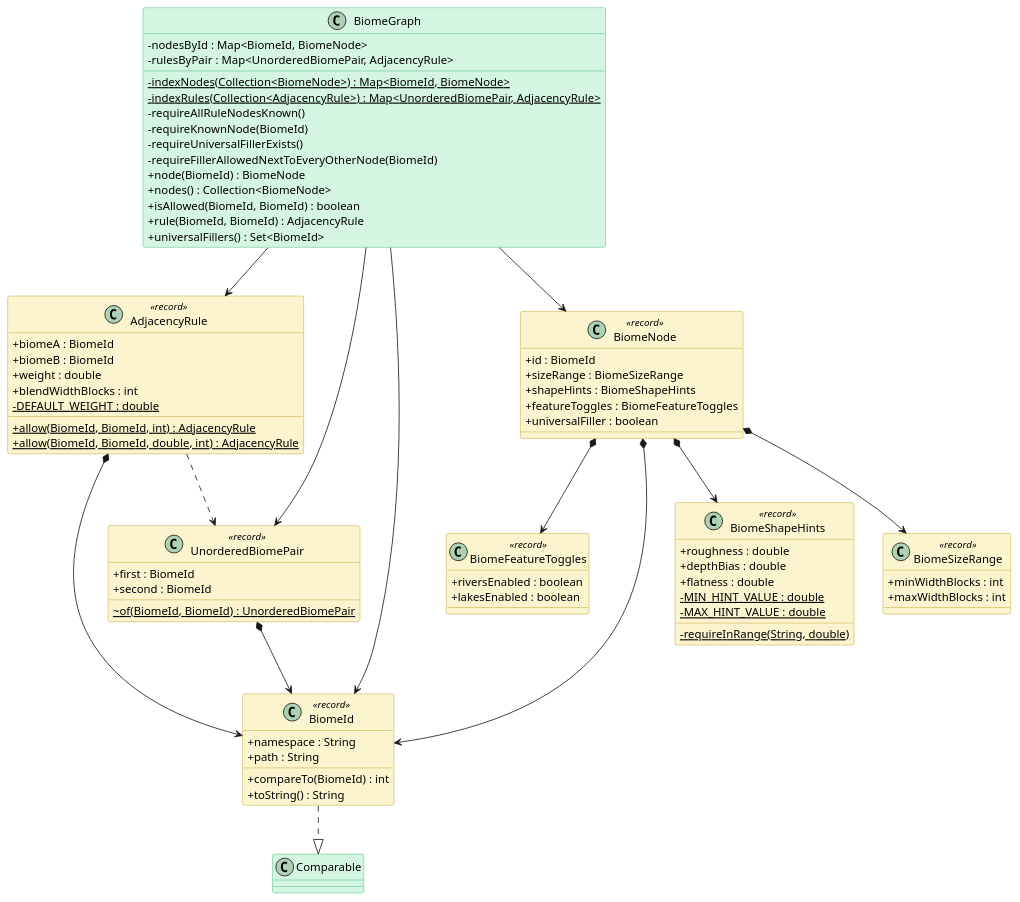
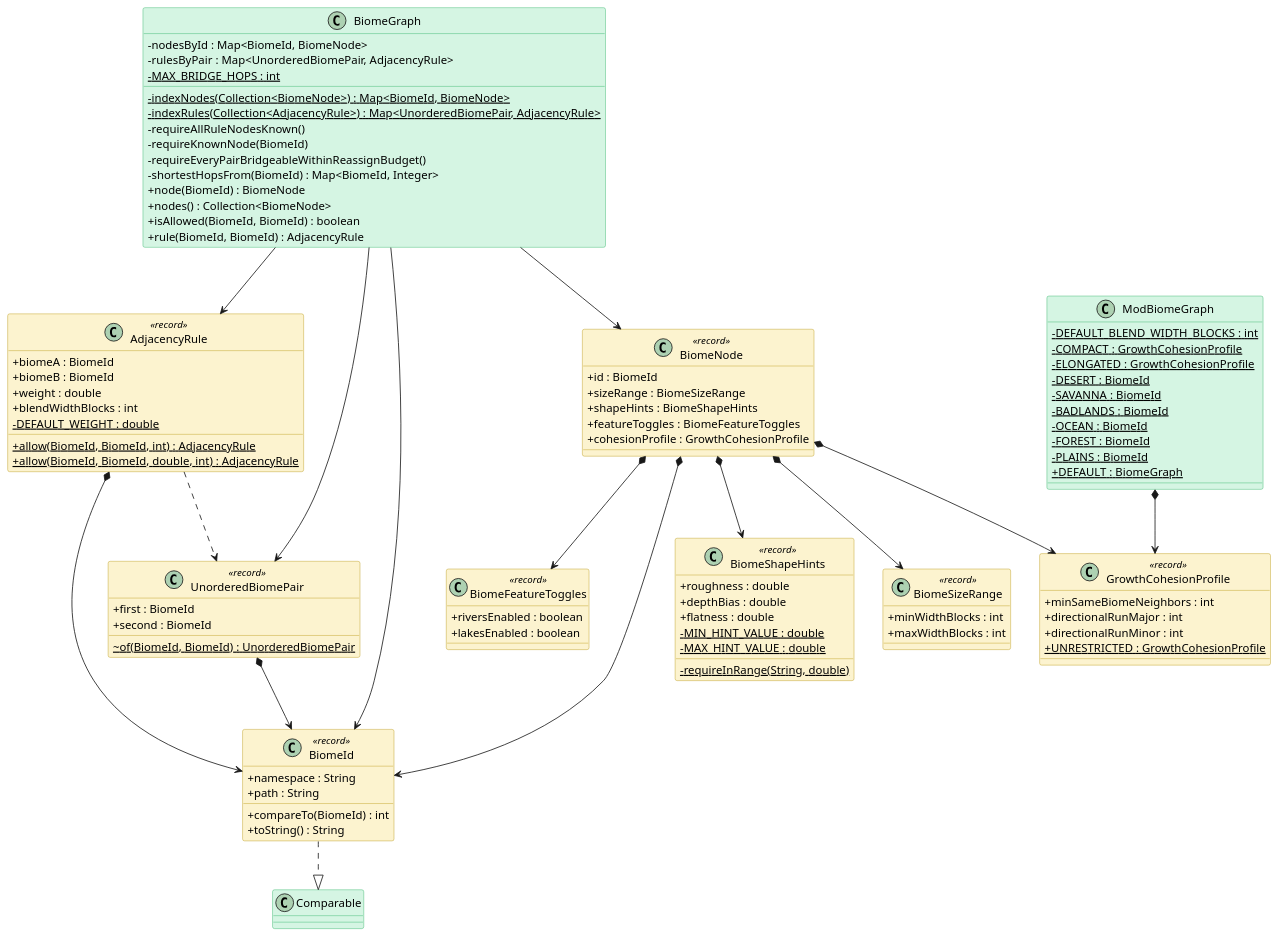
Before and after one commit to Boulede987/Mine-Utz: the diagram in companion-mods/mineutze-worldgen/doc/Modelisation/Packages/biomegraph.puml, drawn with PlantUML. The commit also changed 265 other files, not shown here.

```diff
--- a/companion-mods/mineutze-worldgen/doc/Modelisation/Packages/biomegraph.puml
+++ b/companion-mods/mineutze-worldgen/doc/Modelisation/Packages/biomegraph.puml
@@ -1,108 +1,128 @@
 @startuml biomegraph
 
 skinparam classAttributeIconSize 0
 skinparam shadowing false
 
 skinparam class {
   BackgroundColor<<interface>> #D6EAF8
   BorderColor<<interface>> #2E86C1
 }
 skinparam class {
   BackgroundColor<<abstract>> #E8DAEF
   BorderColor<<abstract>> #8E44AD
 }
 skinparam class {
   BackgroundColor #D5F5E3
   BorderColor #27AE60
 }
 skinparam class {
   BackgroundColor<<record>> #FCF3CF
   BorderColor<<record>> #B7950B
 }
 skinparam class {
   BackgroundColor<<static>> #a7faa0
   BorderColor<<static>> #38d610
 }
 skinparam class {
   BackgroundColor<<enum>> #F5B7B1
   BorderColor<<enum>> #C0392B
 }
 
 skinparam class {
   BackgroundColor<<external>> #EAECEE
   BorderColor<<external>> #839192
 }
 
 class AdjacencyRule <<record>> {
   + biomeA : BiomeId
   + biomeB : BiomeId
   + weight : double
   + blendWidthBlocks : int
   - {static} DEFAULT_WEIGHT : double
   + {static} allow(BiomeId, BiomeId, int) : AdjacencyRule
   + {static} allow(BiomeId, BiomeId, double, int) : AdjacencyRule
 }
 class BiomeFeatureToggles <<record>> {
   + riversEnabled : boolean
   + lakesEnabled : boolean
 }
 class BiomeGraph {
   - nodesById : Map<BiomeId, BiomeNode>
   - rulesByPair : Map<UnorderedBiomePair, AdjacencyRule>
+  - {static} MAX_BRIDGE_HOPS : int
   - {static} indexNodes(Collection<BiomeNode>) : Map<BiomeId, BiomeNode>
   - {static} indexRules(Collection<AdjacencyRule>) : Map<UnorderedBiomePair, AdjacencyRule>
   - requireAllRuleNodesKnown()
   - requireKnownNode(BiomeId)
-  - requireUniversalFillerExists()
-  - requireFillerAllowedNextToEveryOtherNode(BiomeId)
+  - requireEveryPairBridgeableWithinReassignBudget()
+  - shortestHopsFrom(BiomeId) : Map<BiomeId, Integer>
   + node(BiomeId) : BiomeNode
   + nodes() : Collection<BiomeNode>
   + isAllowed(BiomeId, BiomeId) : boolean
   + rule(BiomeId, BiomeId) : AdjacencyRule
-  + universalFillers() : Set<BiomeId>
 }
 class BiomeId <<record>> {
   + namespace : String
   + path : String
   + compareTo(BiomeId) : int
   + toString() : String
 }
 class BiomeNode <<record>> {
   + id : BiomeId
   + sizeRange : BiomeSizeRange
   + shapeHints : BiomeShapeHints
   + featureToggles : BiomeFeatureToggles
-  + universalFiller : boolean
+  + cohesionProfile : GrowthCohesionProfile
 }
 class BiomeShapeHints <<record>> {
   + roughness : double
   + depthBias : double
   + flatness : double
   - {static} MIN_HINT_VALUE : double
   - {static} MAX_HINT_VALUE : double
   - {static} requireInRange(String, double)
 }
 class BiomeSizeRange <<record>> {
   + minWidthBlocks : int
   + maxWidthBlocks : int
+}
+class GrowthCohesionProfile <<record>> {
+  + minSameBiomeNeighbors : int
+  + directionalRunMajor : int
+  + directionalRunMinor : int
+  + {static} UNRESTRICTED : GrowthCohesionProfile
+}
+class ModBiomeGraph {
+  - {static} DEFAULT_BLEND_WIDTH_BLOCKS : int
+  - {static} COMPACT : GrowthCohesionProfile
+  - {static} ELONGATED : GrowthCohesionProfile
+  - {static} DESERT : BiomeId
+  - {static} SAVANNA : BiomeId
+  - {static} BADLANDS : BiomeId
+  - {static} OCEAN : BiomeId
+  - {static} FOREST : BiomeId
+  - {static} PLAINS : BiomeId
+  + {static} DEFAULT : BiomeGraph
 }
 class UnorderedBiomePair <<record>> {
   + first : BiomeId
   + second : BiomeId
   ~ {static} of(BiomeId, BiomeId) : UnorderedBiomePair
 }
 
 AdjacencyRule *--> BiomeId
 AdjacencyRule ..> UnorderedBiomePair
 BiomeGraph --> AdjacencyRule
 BiomeGraph --> BiomeId
 BiomeGraph --> BiomeNode
 BiomeGraph --> UnorderedBiomePair
 BiomeId ..|> Comparable
 BiomeNode *--> BiomeFeatureToggles
 BiomeNode *--> BiomeId
 BiomeNode *--> BiomeShapeHints
 BiomeNode *--> BiomeSizeRange
+BiomeNode *--> GrowthCohesionProfile
+ModBiomeGraph *--> GrowthCohesionProfile
 UnorderedBiomePair *--> BiomeId
 
 @enduml
```
